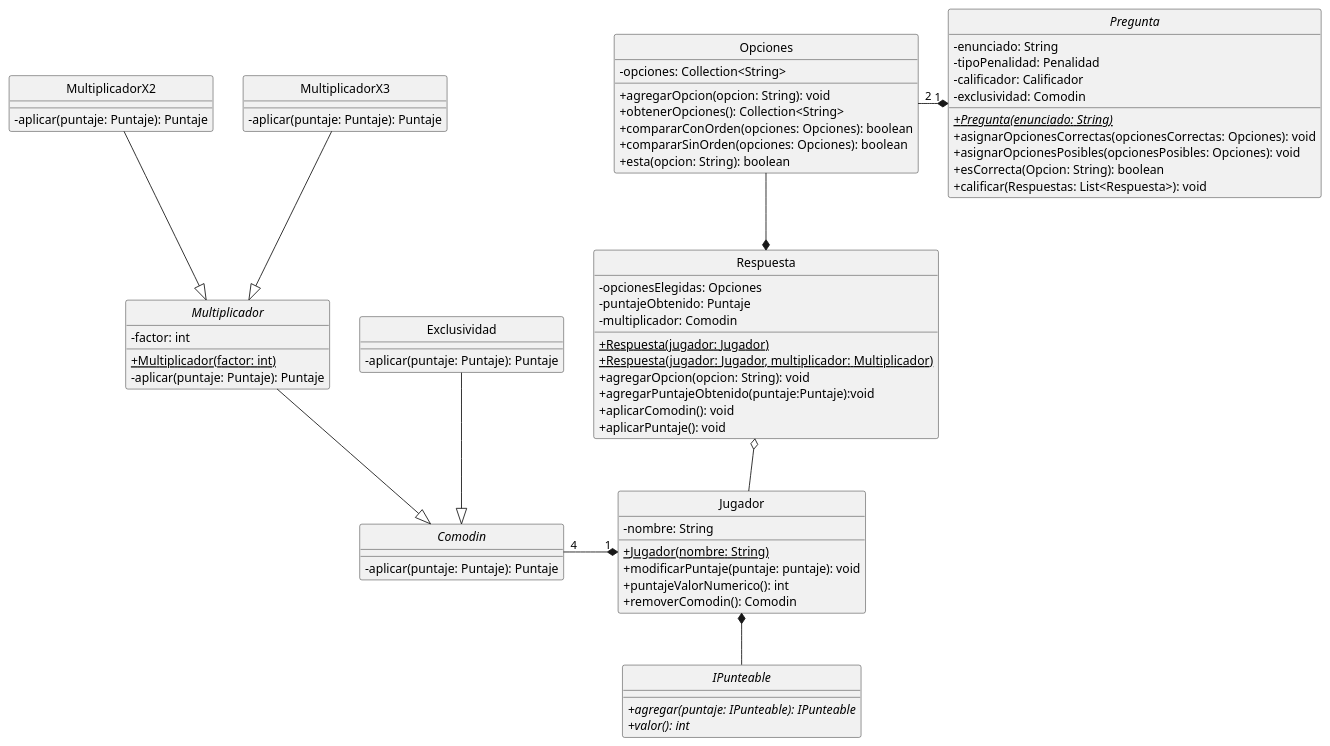
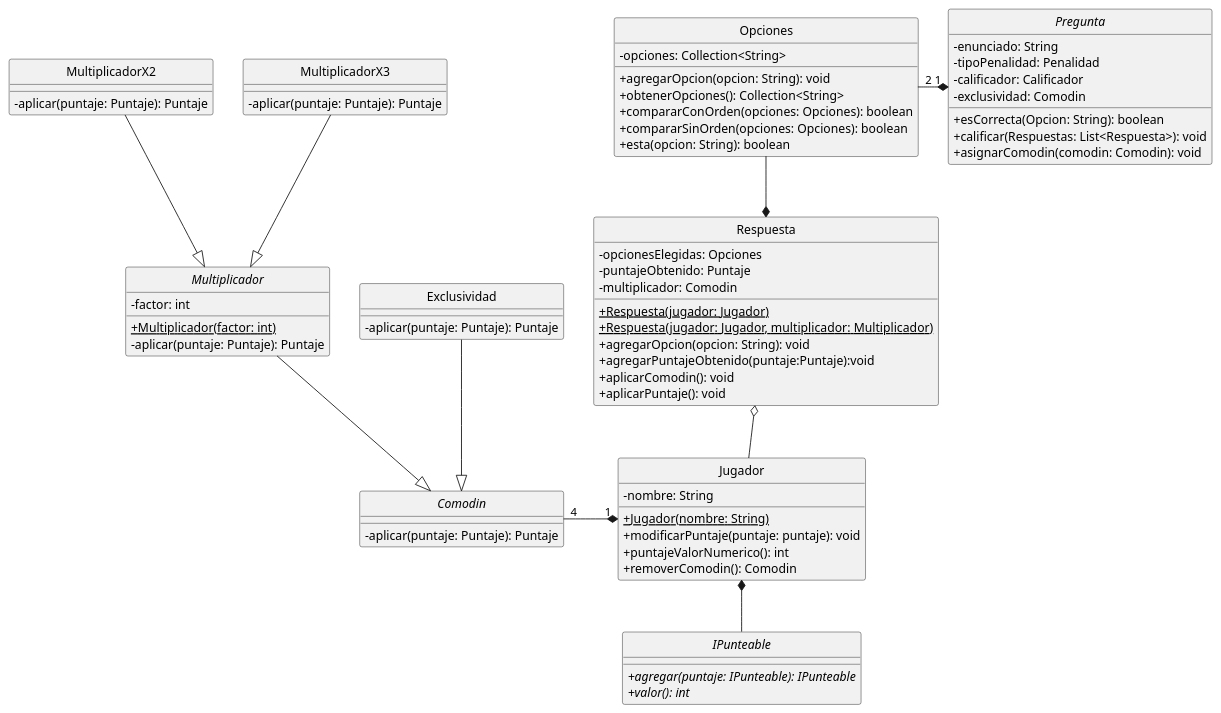
Before and after one commit to Alex1161/TP2: the diagram in src/main/java/edu/fiuba/algo3/Diagramas/puml/Comodines.puml, drawn with PlantUML. The commit also changed 8 other files, not shown here.

```diff
--- a/src/main/java/edu/fiuba/algo3/Diagramas/puml/Comodines.puml
+++ b/src/main/java/edu/fiuba/algo3/Diagramas/puml/Comodines.puml
@@ -1,87 +1,85 @@
 @startuml
 hide circle
 skinparam classAttributeIconSize 0
 
 'Clases
 Class Opciones{
     -opciones: Collection<String>
     +agregarOpcion(opcion: String): void
     +obtenerOpciones(): Collection<String>
     +compararConOrden(opciones: Opciones): boolean
     +compararSinOrden(opciones: Opciones): boolean
     +esta(opcion: String): boolean
 }
 
 Abstract Class Pregunta{
     -enunciado: String
     -tipoPenalidad: Penalidad
     -calificador: Calificador
     -exclusividad: Comodin
-    +{abstract}{static}Pregunta(enunciado: String)
-    +asignarOpcionesCorrectas(opcionesCorrectas: Opciones): void
-    +asignarOpcionesPosibles(opcionesPosibles: Opciones): void
     +esCorrecta(Opcion: String): boolean
     +calificar(Respuestas: List<Respuesta>): void
+    +asignarComodin(comodin: Comodin): void
 }
 
 Class Respuesta{
     -opcionesElegidas: Opciones
     -puntajeObtenido: Puntaje
     -multiplicador: Comodin
     +{static}Respuesta(jugador: Jugador)
     +{static}Respuesta(jugador: Jugador, multiplicador: Multiplicador)
     +agregarOpcion(opcion: String): void
     +agregarPuntajeObtenido(puntaje:Puntaje):void
     +aplicarComodin(): void
     +aplicarPuntaje(): void
 }
 
 Class Jugador{
     -nombre: String
     +{Static}Jugador(nombre: String)
     +modificarPuntaje(puntaje: puntaje): void
     +puntajeValorNumerico(): int
     +removerComodin(): Comodin
 }
 
 Interface IPunteable{
     +{abstract}agregar(puntaje: IPunteable): IPunteable
     +{abstract}valor(): int
 }
 
 Abstract Multiplicador{
     -factor: int
     +{static}Multiplicador(factor: int)
     -aplicar(puntaje: Puntaje): Puntaje
 }
 
 Interface Comodin{
     -aplicar(puntaje: Puntaje): Puntaje
 }
 
 Class Exclusividad{
     -aplicar(puntaje: Puntaje): Puntaje
 }
 
 Class MultiplicadorX2{
     -aplicar(puntaje: Puntaje): Puntaje
 }
 
 Class MultiplicadorX3{
     -aplicar(puntaje: Puntaje): Puntaje
 }
 
 'Relaciones
 Respuesta o-- Jugador
 Pregunta "1" *-left- "2" Opciones
 Respuesta *-up- Opciones
 
 Jugador *-- IPunteable
 
 Jugador "1" *-left- "4" Comodin
 Multiplicador --|> Comodin
 Exclusividad --|> Comodin
 MultiplicadorX2 --|> Multiplicador
 MultiplicadorX3 --|> Multiplicador
 
 @enduml
```
